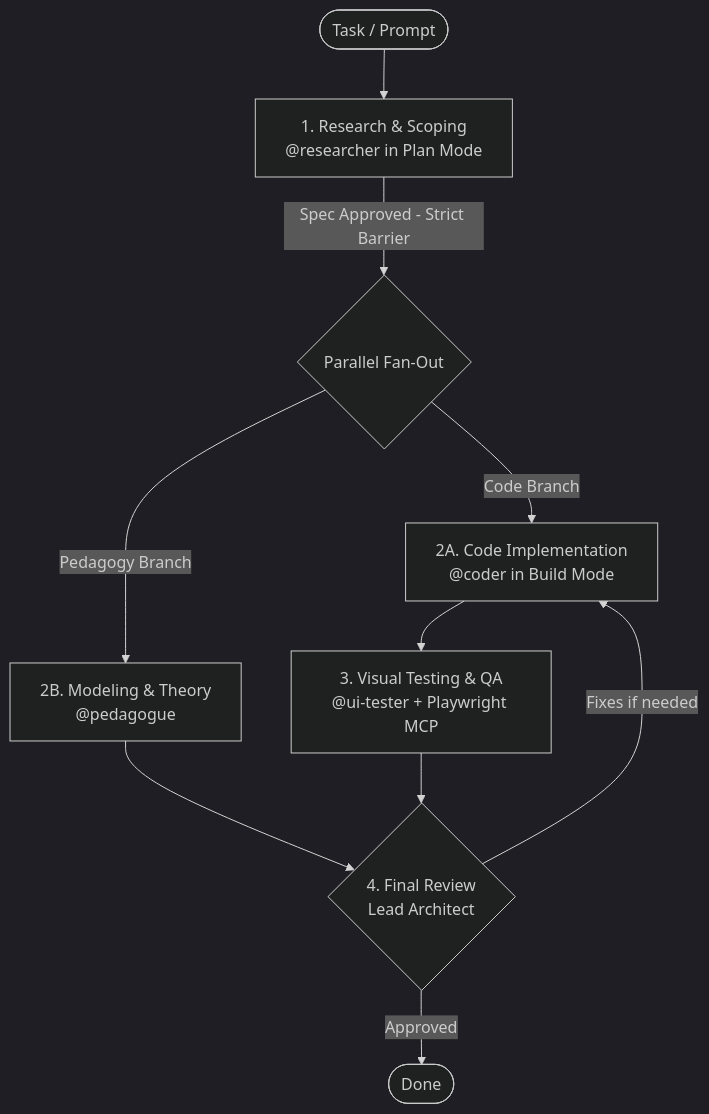
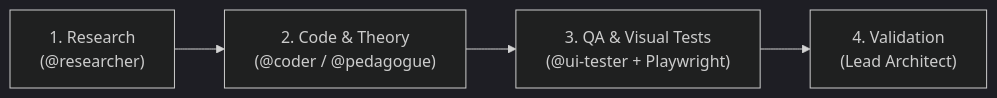
The diagram in README.md (lyko27/worflow-AI), drawn with Mermaid (dark theme) before and after one commit. The commit also changed other lines of this file and 1 other file, not shown here.

````diff
--- a/README.md
+++ b/README.md
@@ -17,12 +15,6 @@
 ```mermaid
-flowchart TD
-    Start([Task / Prompt]) --> P1[1. Research & Scoping\n@researcher in Plan Mode]
-    P1 -->|Spec Approved - Strict Barrier| FanOut{Parallel Fan-Out}
-    FanOut -->|Code Branch| P2A[2A. Code Implementation\n@coder in Build Mode]
-    FanOut -->|Pedagogy Branch| P2B[2B. Modeling & Theory\n@pedagogue]
-    P2A --> P3[3. Visual Testing & QA\n@ui-tester + Playwright MCP]
-    P2B --> P4
-    P3 --> P4{4. Final Review\nLead Architect}
-    P4 -- Fixes if needed --> P2A
-    P4 -- Approved --> End([Done])
+flowchart LR
+    P1["1. Research\n(@researcher)"] --> P2["2. Code & Theory\n(@coder / @pedagogue)"]
+    P2 --> P3["3. QA & Visual Tests\n(@ui-tester + Playwright)"]
+    P3 --> P4["4. Validation\n(Lead Architect)"]
 ```
````
